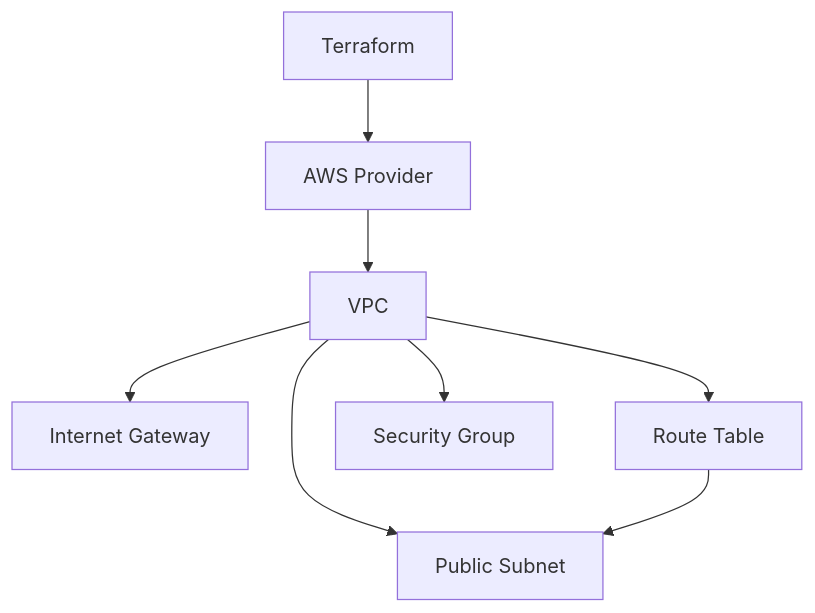
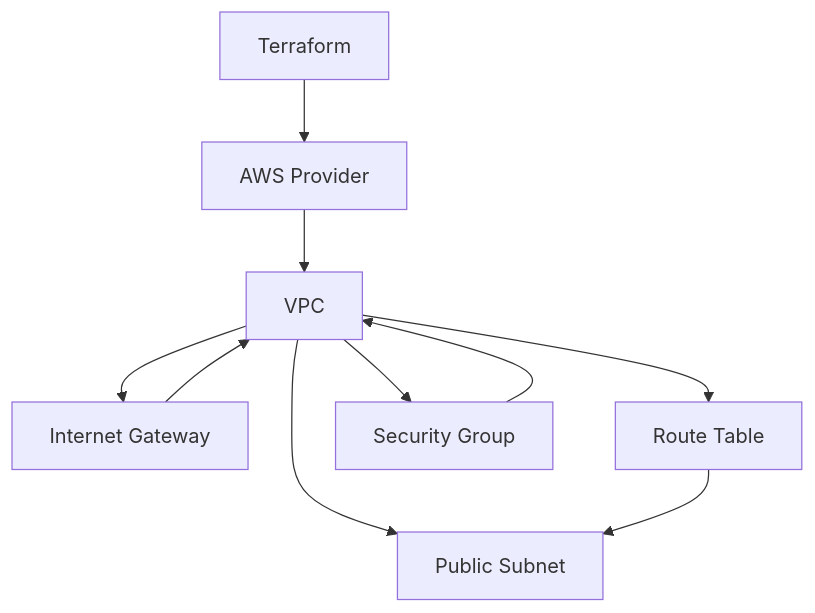
Before and after one commit to MohsanRazaq/CloudGuard: the fourth of 8 diagrams in README.md, drawn with Mermaid. The commit also changed other lines of this file, not shown here.

````diff
--- a/README.md
+++ b/README.md
@@ -356,10 +349,14 @@
 ```mermaid
 flowchart TD
-    A[Terraform] --> B[AWS Provider]
-    B --> C[VPC]
-    C --> D[Internet Gateway]
-    C --> E[Public Subnet]
-    C --> F[Route Table]
+    A["Terraform"] --> B["AWS Provider"]
+    B --> C["VPC"]
+
+    C --> D["Internet Gateway"]
+    C --> E["Public Subnet"]
+    C --> F["Route Table"]
+    C --> G["Security Group"]
+
     F --> E
-    C --> G[Security Group]
+    D --> C
+    G --> C
 ```
````
